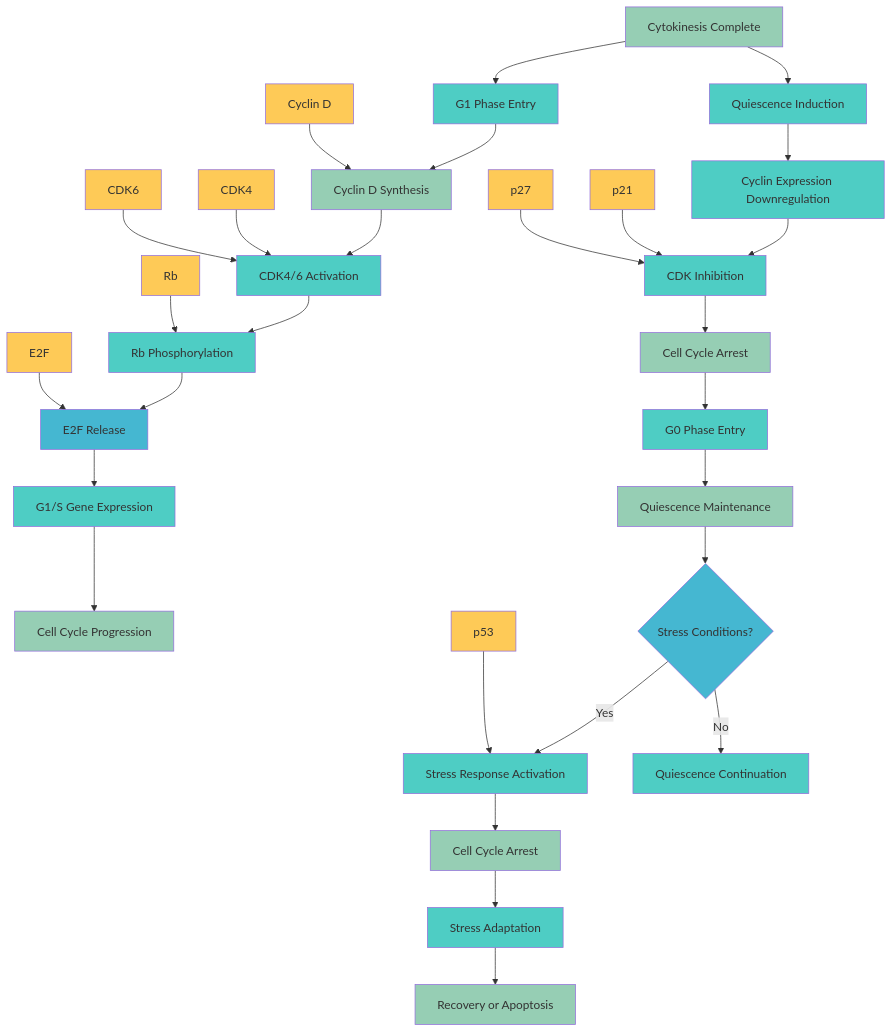
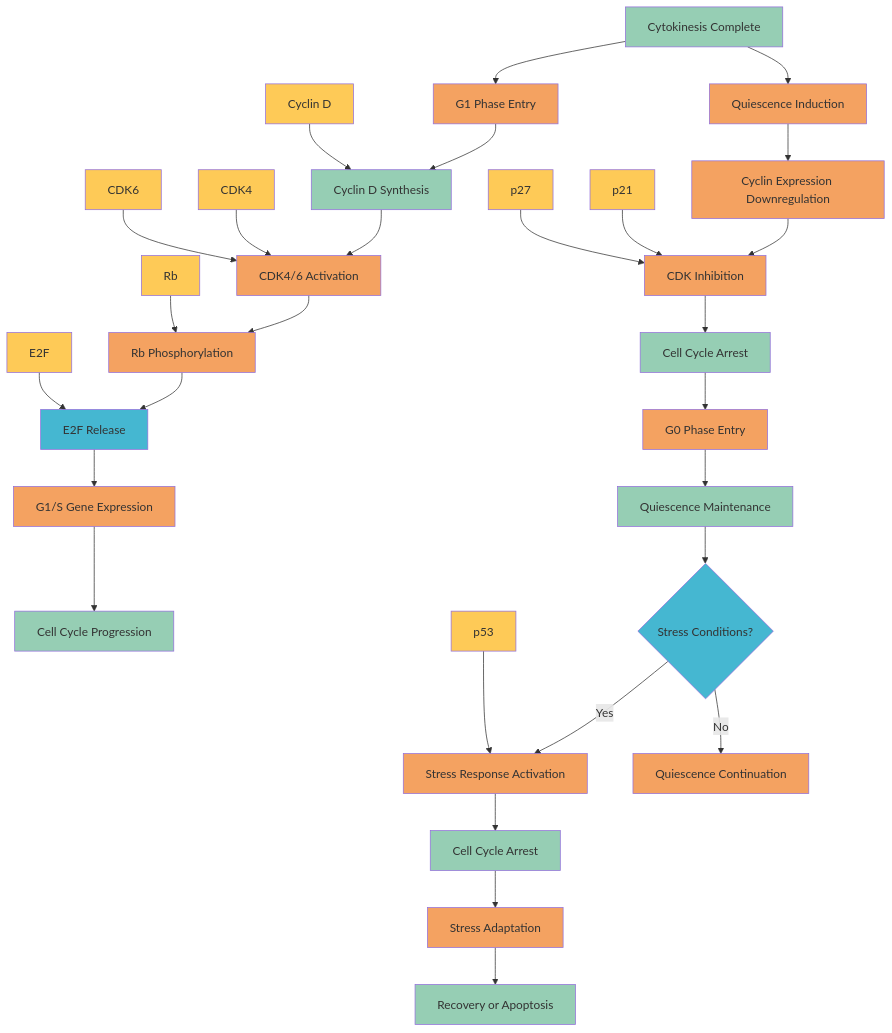
Before and after one commit to garywelz/glmp: the diagram in old_junk_files/batch2_06_cell_cycle_exit.mmd, drawn with Mermaid. The commit also changed 252 other files, not shown here.

Commit message:
Palette migration: replace teal with orange for catalysts across Mermaid HTML/MMD; update legends, strokes, and narrative text; unify emojis and theme variables

```diff
--- a/old_junk_files/batch2_06_cell_cycle_exit.mmd
+++ b/old_junk_files/batch2_06_cell_cycle_exit.mmd
@@ -1,65 +1,65 @@
 graph TD
     A[Cytokinesis Complete] --> B[G1 Phase Entry]
     B --> C[Cyclin D Synthesis]
     C --> D[CDK4/6 Activation]
     D --> E[Rb Phosphorylation]
     E --> F[E2F Release]
     F --> G[G1/S Gene Expression]
     G --> H[Cell Cycle Progression]
     
     %% Alternative exit pathway
     A --> I[Quiescence Induction]
     I --> J[Cyclin Expression Downregulation]
     J --> K[CDK Inhibition]
     K --> L[Cell Cycle Arrest]
     L --> M[G0 Phase Entry]
     M --> N[Quiescence Maintenance]
     
     %% Stress response
     N --> O{Stress Conditions?}
     O -->|Yes| P[Stress Response Activation]
     P --> Q[Cell Cycle Arrest]
     Q --> R[Stress Adaptation]
     R --> S[Recovery or Apoptosis]
     
     O -->|No| T[Quiescence Continuation]
     
     %% Key proteins
     U[Cyclin D] --> C
     V[CDK4] --> D
     W[CDK6] --> D
     X[Rb] --> E
     Y[E2F] --> F
     Z[p21] --> K
     AA[p27] --> K
     BB[p53] --> P
     
     %% Styling
     style A fill:#96ceb4
-    style B fill:#4ecdc4
+    style B fill:#f4a261
     style C fill:#96ceb4
-    style D fill:#4ecdc4
-    style E fill:#4ecdc4
+    style D fill:#f4a261
+    style E fill:#f4a261
     style F fill:#45b7d1
-    style G fill:#4ecdc4
+    style G fill:#f4a261
     style H fill:#96ceb4
-    style I fill:#4ecdc4
-    style J fill:#4ecdc4
-    style K fill:#4ecdc4
+    style I fill:#f4a261
+    style J fill:#f4a261
+    style K fill:#f4a261
     style L fill:#96ceb4
-    style M fill:#4ecdc4
+    style M fill:#f4a261
     style N fill:#96ceb4
     style O fill:#45b7d1
-    style P fill:#4ecdc4
+    style P fill:#f4a261
     style Q fill:#96ceb4
-    style R fill:#4ecdc4
+    style R fill:#f4a261
     style S fill:#96ceb4
-    style T fill:#4ecdc4
+    style T fill:#f4a261
     style U fill:#feca57
     style V fill:#feca57
     style W fill:#feca57
     style X fill:#feca57
     style Y fill:#feca57
     style Z fill:#feca57
     style AA fill:#feca57
     style BB fill:#feca57
```
